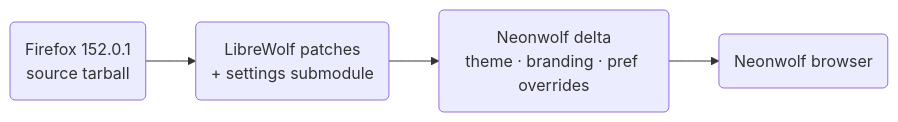
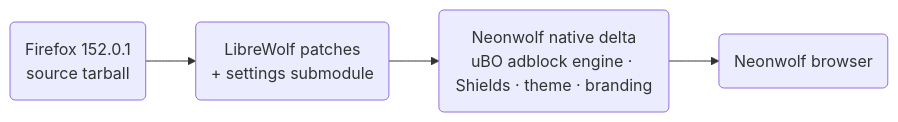
The diagram in README.md (neon798/neonwolf), drawn with Mermaid before and after one commit. The commit also changed other lines of this file and 1 other file, not shown here.

````diff
--- a/README.md
+++ b/README.md
@@ -18,8 +26,8 @@
 ```mermaid
 graph LR
     FF(Firefox 152.0.1<br>source tarball)
     LW(LibreWolf patches<br>+ settings submodule)
-    NW(Neonwolf delta<br>theme · branding · pref overrides)
+    NW(Neonwolf native delta<br>uBO adblock engine · Shields · theme · branding)
     OUT(Neonwolf browser)
     FF --> LW --> NW --> OUT
 ```
````
